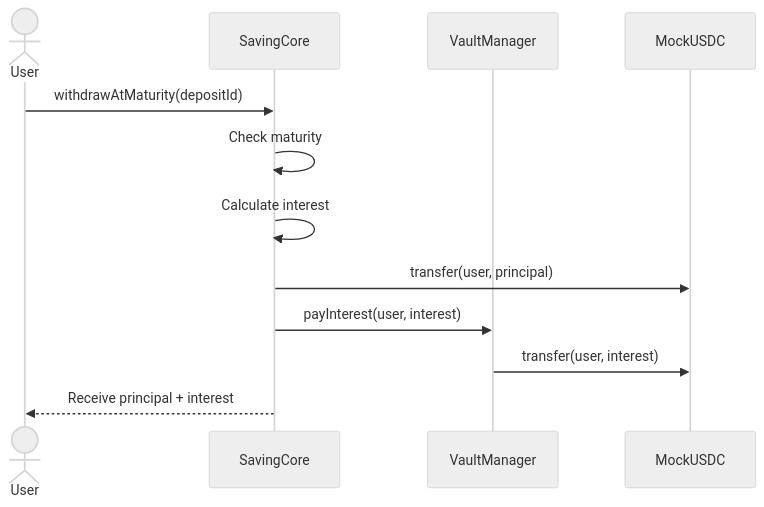
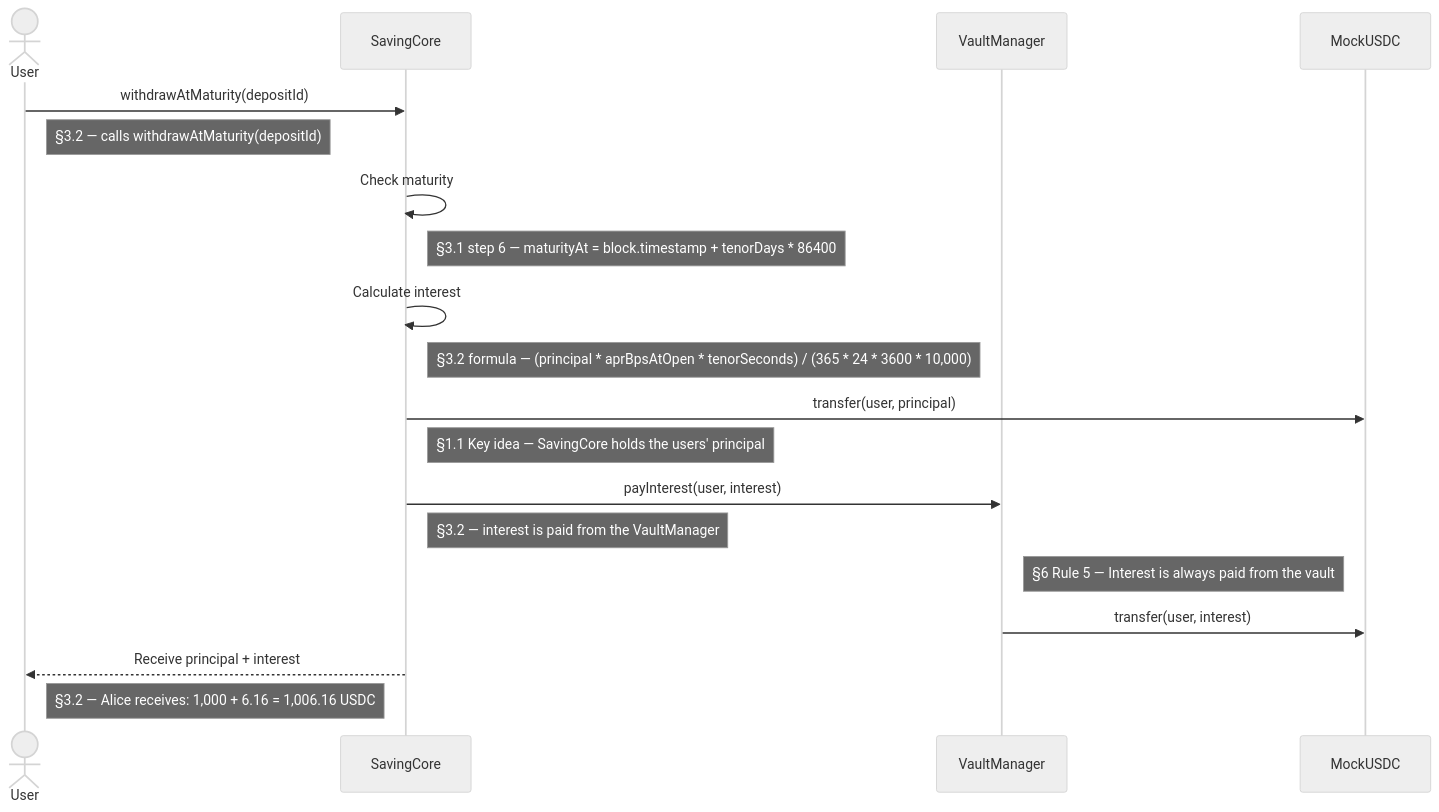
One commit to yang-sin-pal/AC_BlockChain_Online_Saving changed the second of 6 diagrams in docs/sequence-diagram.md. Above: the diagram before and after it, drawn with Mermaid (neutral theme). The commit also changed other lines of this file, not shown here.

Commit message:
fix: enhance sequence diagrams with detailed notes for deposit, withdrawal, and renewal processes

````diff
--- a/docs/sequence-diagram.md
+++ b/docs/sequence-diagram.md
@@ -33,18 +45,28 @@
 ```mermaid
 sequenceDiagram
     actor User
     participant Core as SavingCore
     participant Vault as VaultManager
     participant USDC as MockUSDC
 
     User->>Core: withdrawAtMaturity(depositId)
+    Note right of User: §3.2 — calls withdrawAtMaturity(depositId)
 
     Core->>Core: Check maturity
+    Note right of Core: §3.1 step 6 — maturityAt = block.timestamp + tenorDays * 86400
+
     Core->>Core: Calculate interest
+    Note right of Core: §3.2 formula — (principal * aprBpsAtOpen * tenorSeconds) / (365 * 24 * 3600 * 10,000)
 
     Core->>USDC: transfer(user, principal)
+    Note right of Core: §1.1 Key idea — SavingCore holds the users' principal
+
     Core->>Vault: payInterest(user, interest)
+    Note right of Core: §3.2 — interest is paid from the VaultManager
+    Note right of Vault: §6 Rule 5 — Interest is always paid from the vault
+
     Vault->>USDC: transfer(user, interest)
 
     Core-->>User: Receive principal + interest
+    Note right of User: §3.2 — Alice receives: 1,000 + 6.16 = 1,006.16 USDC
 ```
````
